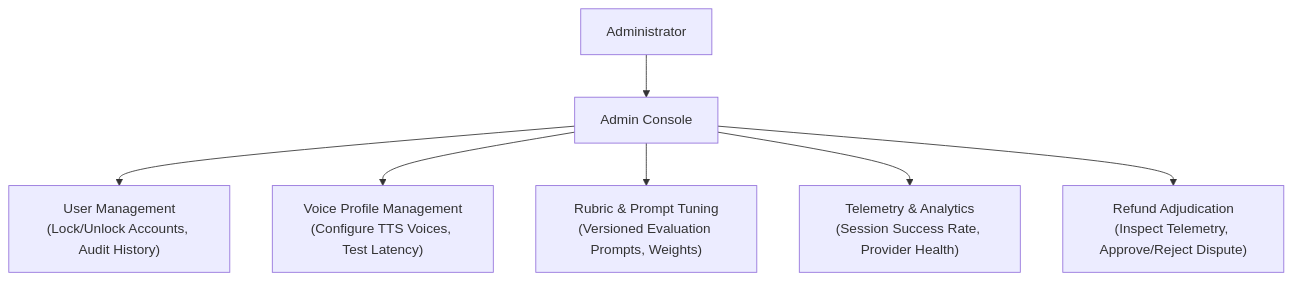
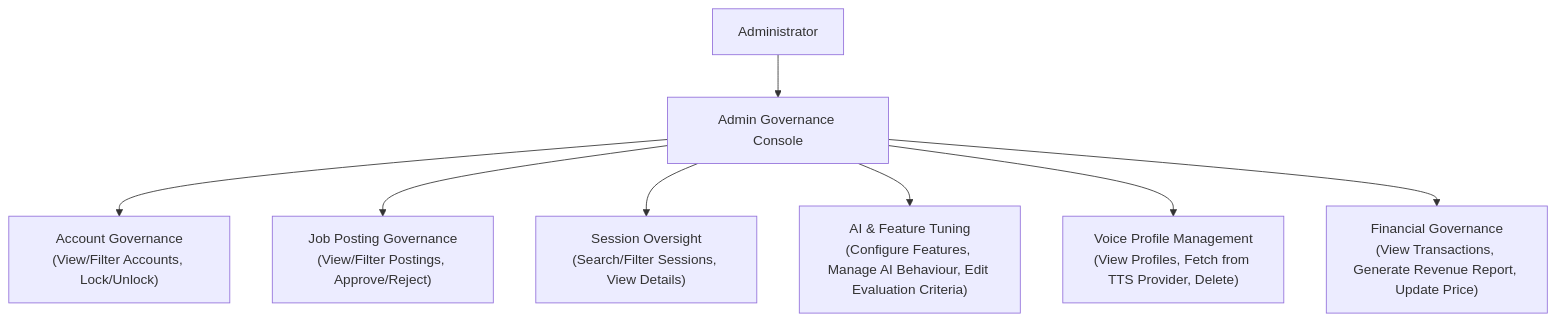
Before and after one commit to swp391-group3/ai-interview-practice-brain: the diagram in 01_Domains/Administration/README.md, drawn with Mermaid. The commit also changed other lines of this file and 17 other files, not shown here.

````diff
--- a/01_Domains/Administration/README.md
+++ b/01_Domains/Administration/README.md
@@ -50,10 +56,11 @@
 ```mermaid
 flowchart TD
-    ADMIN["Administrator"] --> DASH["Admin Console"]
+    ADMIN["Administrator"] --> CONSOLE["Admin Governance Console"]
 
-    DASH --> U1["User Management<br/>(Lock/Unlock Accounts, Audit History)"]
-    DASH --> V1["Voice Profile Management<br/>(Configure TTS Voices, Test Latency)"]
-    DASH --> R1["Rubric & Prompt Tuning<br/>(Versioned Evaluation Prompts, Weights)"]
-    DASH --> T1["Telemetry & Analytics<br/>(Session Success Rate, Provider Health)"]
-    DASH --> F1["Refund Adjudication<br/>(Inspect Telemetry, Approve/Reject Dispute)"]
+    CONSOLE --> ACC["Account Governance<br/>(View/Filter Accounts, Lock/Unlock)"]
+    CONSOLE --> JP["Job Posting Governance<br/>(View/Filter Postings, Approve/Reject)"]
+    CONSOLE --> SESS["Session Oversight<br/>(Search/Filter Sessions, View Details)"]
+    CONSOLE --> AI["AI & Feature Tuning<br/>(Configure Features, Manage AI Behaviour, Edit Evaluation Criteria)"]
+    CONSOLE --> VOICE["Voice Profile Management<br/>(View Profiles, Fetch from TTS Provider, Delete)"]
+    CONSOLE --> FIN["Financial Governance<br/>(View Transactions, Generate Revenue Report, Update Price)"]
 ```
````
